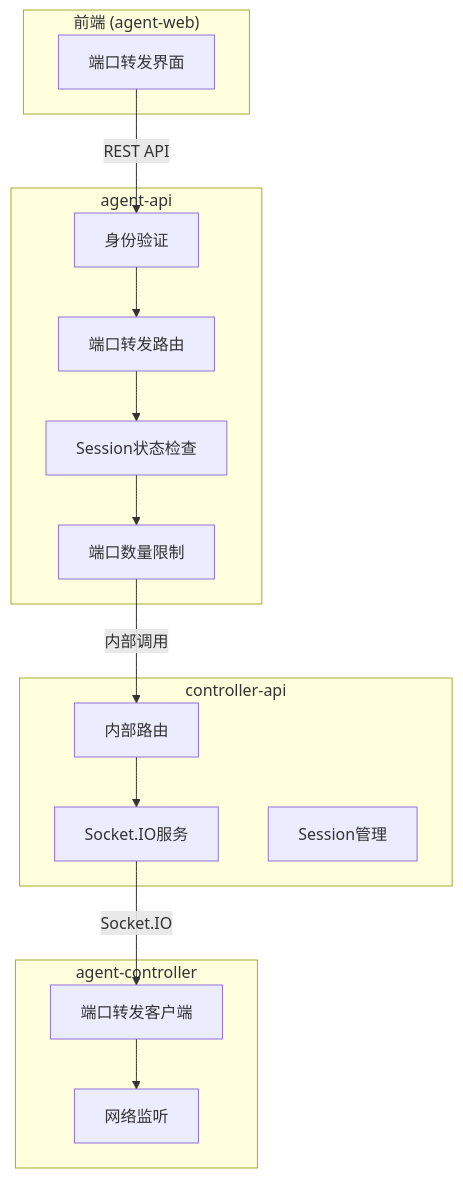
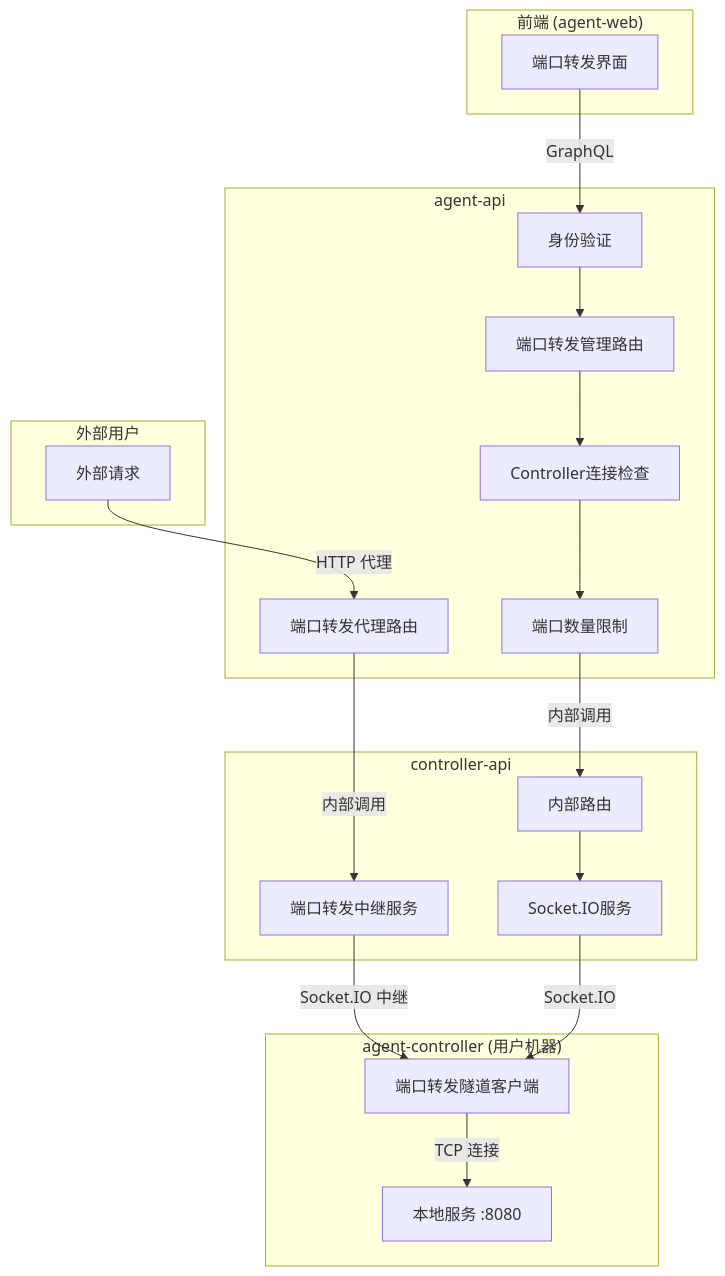
One commit to Deliay/z-agent-gear changed the first of 4 diagrams in docs/engineering/proposals/20260527-feat-port-forwarding.md. Above: the diagram before and after it, drawn with Mermaid. The commit also changed other lines of this file and 1 other file, not shown here.

````diff
--- a/docs/engineering/proposals/20260527-feat-port-forwarding.md
+++ b/docs/engineering/proposals/20260527-feat-port-forwarding.md
@@ -38,33 +41,41 @@
 ```mermaid
 graph TD
+    subgraph "外部用户"
+        EXT[外部请求]
+    end
+
     subgraph "前端 (agent-web)"
         UI[端口转发界面]
     end
     
     subgraph "agent-api"
         AUTH[身份验证]
-        PF_ROUTE[端口转发路由]
-        SESSION_CHECK[Session状态检查]
+        PF_ROUTE[端口转发管理路由]
+        PF_PROXY[端口转发代理路由]
+        CTRL_CHECK[Controller连接检查]
         PORT_LIMIT[端口数量限制]
     end
     
     subgraph "controller-api"
         INNER_ROUTE[内部路由]
+        PF_RELAY[端口转发中继服务]
         SOCKET_IO[Socket.IO服务]
-        SESSION_MGR[Session管理]
     end
     
-    subgraph "agent-controller"
-        PF_CLIENT[端口转发客户端]
-        NET[网络监听]
+    subgraph "agent-controller (用户机器)"
+        PF_TUNNEL[端口转发隧道客户端]
+        LOCAL_SVC[本地服务 :8080]
     end
     
-    UI -->|REST API| AUTH
+    UI -->|GraphQL| AUTH
+    EXT -->|HTTP 代理| PF_PROXY
     AUTH --> PF_ROUTE
-    PF_ROUTE --> SESSION_CHECK
-    SESSION_CHECK --> PORT_LIMIT
+    PF_ROUTE --> CTRL_CHECK
+    CTRL_CHECK --> PORT_LIMIT
     PORT_LIMIT -->|内部调用| INNER_ROUTE
+    PF_PROXY -->|内部调用| PF_RELAY
     INNER_ROUTE --> SOCKET_IO
-    SOCKET_IO -->|Socket.IO| PF_CLIENT
-    PF_CLIENT --> NET
+    PF_RELAY -->|Socket.IO 中继| PF_TUNNEL
+    SOCKET_IO -->|Socket.IO| PF_TUNNEL
+    PF_TUNNEL -->|TCP 连接| LOCAL_SVC
 ```
````
